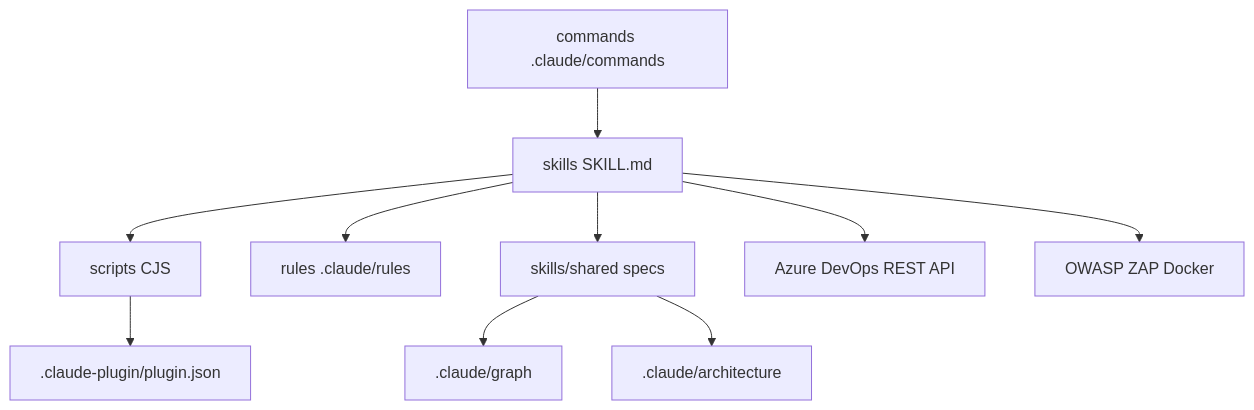
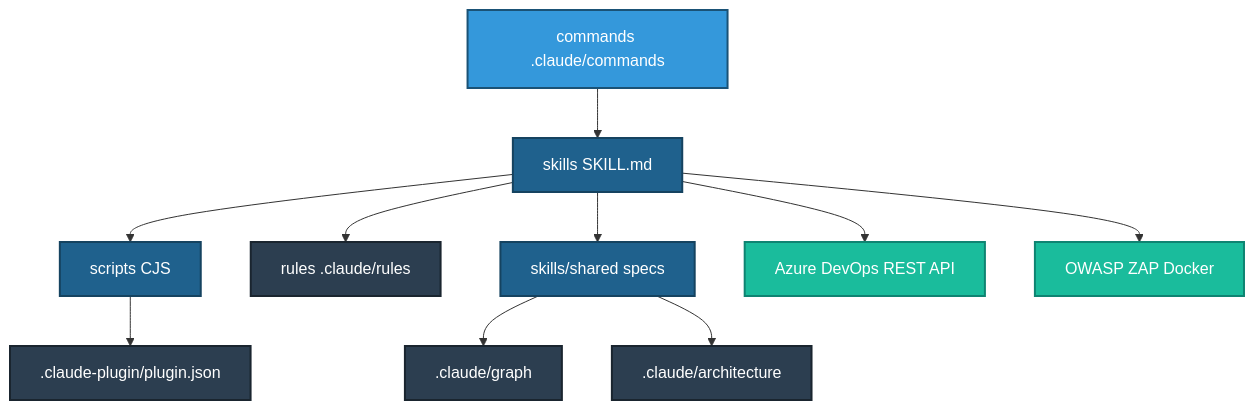
One commit to vickysrawat/AI-Assisted-development changed the second of 2 diagrams in .claude/architecture/architecture.md. Above: the diagram before and after it, drawn with Mermaid. The commit also changed other lines of this file and 114 other files, not shown here.

````diff
--- a/.claude/architecture/architecture.md
+++ b/.claude/architecture/architecture.md
@@ -86,13 +96,23 @@
 ```mermaid
 flowchart TB
     CMD[commands .claude/commands] --> SKILL[skills SKILL.md]
     SKILL --> SCRIPTS[scripts CJS]
     SKILL --> RULES[rules .claude/rules]
     SKILL --> SHARED[skills/shared specs]
     SCRIPTS --> META[.claude-plugin/plugin.json]
     SHARED --> GRAPH2[.claude/graph]
     SHARED --> ARCHDOCS[.claude/architecture]
     SKILL --> ADO2[Azure DevOps REST API]
     SKILL --> ZAP2[OWASP ZAP Docker]
+    style CMD fill:#3498DB,color:#ffffff,stroke:#1a5276,stroke-width:2px
+    style SKILL fill:#1F618D,color:#ffffff,stroke:#154360,stroke-width:2px
+    style SCRIPTS fill:#1F618D,color:#ffffff,stroke:#154360,stroke-width:2px
+    style RULES fill:#2C3E50,color:#ffffff,stroke:#1a252f,stroke-width:2px
+    style SHARED fill:#1F618D,color:#ffffff,stroke:#154360,stroke-width:2px
+    style META fill:#2C3E50,color:#ffffff,stroke:#1a252f,stroke-width:2px
+    style GRAPH2 fill:#2C3E50,color:#ffffff,stroke:#1a252f,stroke-width:2px
+    style ARCHDOCS fill:#2C3E50,color:#ffffff,stroke:#1a252f,stroke-width:2px
+    style ADO2 fill:#1ABC9C,color:#ffffff,stroke:#0E8472,stroke-width:2px
+    style ZAP2 fill:#1ABC9C,color:#ffffff,stroke:#0E8472,stroke-width:2px
 
 ```
````
